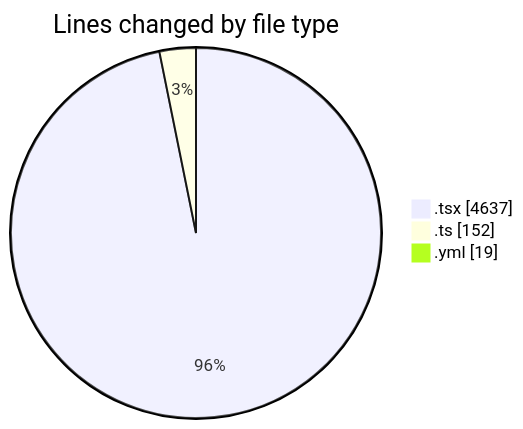
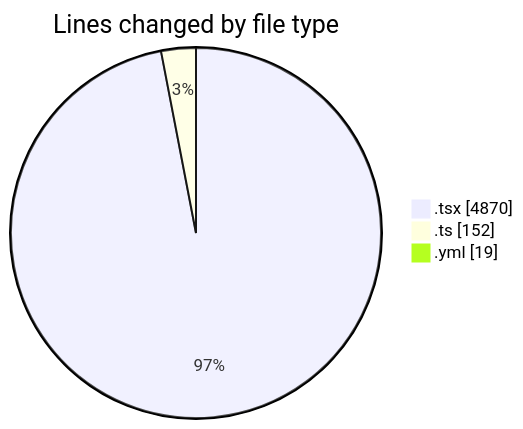
The first of 2 diagrams in 2025-11-18/eventscop-frontend-guide__workspace_/README.md (julien-gomy/code-tracking), drawn with Mermaid before and after one commit. The commit also changed other lines of this file and 1 other file, not shown here.

````diff
--- a/2025-11-18/eventscop-frontend-guide__workspace_/README.md
+++ b/2025-11-18/eventscop-frontend-guide__workspace_/README.md
@@ -56,7 +57,7 @@
 ```mermaid
 pie showData
 title Lines changed by file type
-".tsx" : 4637
+".tsx" : 4870
 ".ts" : 152
 ".yml" : 19
 ```
````
